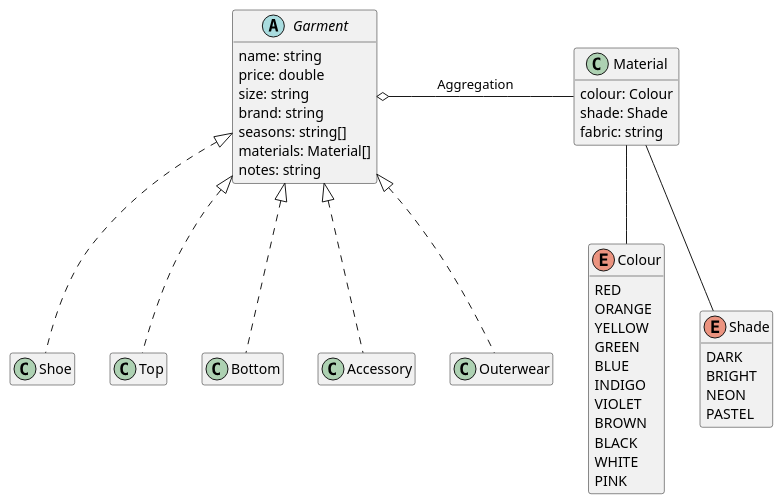
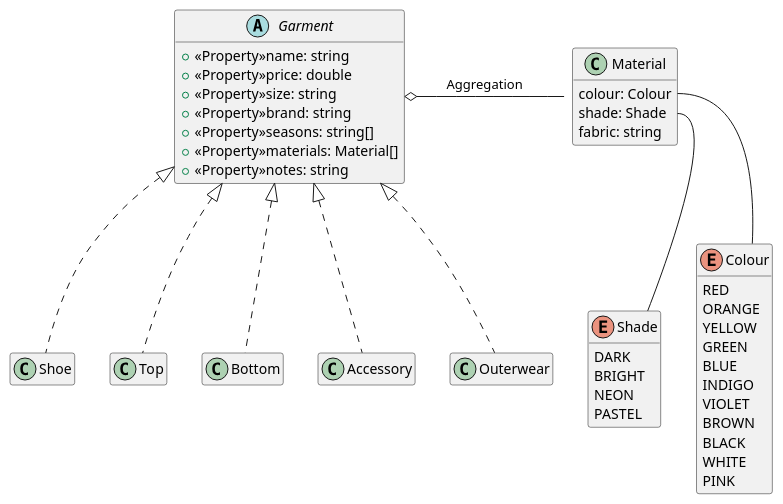
Before and after one commit to Kohort13/PG3302-Eksamen: the diagram in UML diagrams/GarmentModel.puml, drawn with PlantUML. The commit also changed 3 other files, not shown here.

Commit message:
Finished UML-diagrams

```diff
--- a/UML diagrams/GarmentModel.puml
+++ b/UML diagrams/GarmentModel.puml
@@ -1,50 +1,52 @@
 @startuml GarmentModel
     hide empty members
 
     abstract Garment{
-        name: string
-        price: double
-        size: string
-        brand: string
-        seasons: string[]
-        materials: Material[]
-        notes: string
+        + <<Property>>name: string
+        + <<Property>>price: double
+        + <<Property>>size: string
+        + <<Property>>brand: string
+        + <<Property>>seasons: string[]
+        + <<Property>>materials: Material[]
+        + <<Property>>notes: string
     }
 
     class Material{
         colour: Colour
         shade: Shade
         fabric: string
+    }
+
+    enum Shade{
+        DARK
+        BRIGHT
+        NEON
+        PASTEL
     }
 
     enum Colour{
         RED
         ORANGE
         YELLOW
         GREEN
         BLUE
         INDIGO
         VIOLET
         BROWN
         BLACK
         WHITE
         PINK
     }
-    enum Shade{
-        DARK
-        BRIGHT
-        NEON
-        PASTEL
-    }
+    
 
     Garment o-right- Material: Aggregation
-    Material -- Colour
-    Material -- Shade
+    Material::Shade -- Shade
+    Material::Colour -- Colour
 
     class Shoe implements Garment
     class Top implements Garment
     class Bottom implements Garment
     class Accessory implements Garment
     class Outerwear implements Garment
 
 @enduml
```
